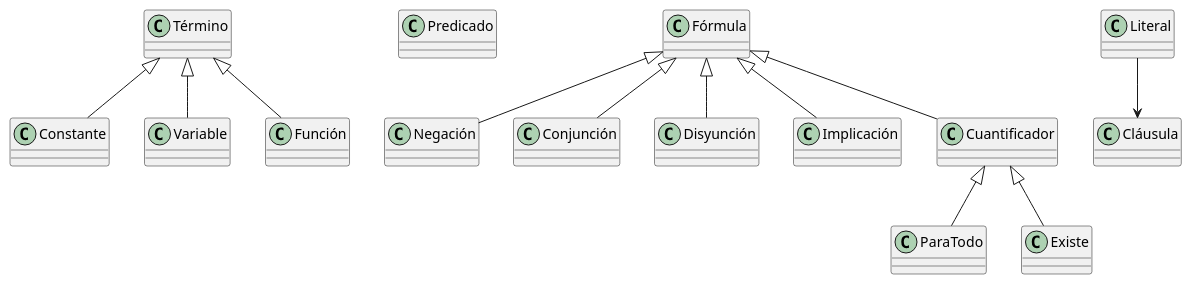
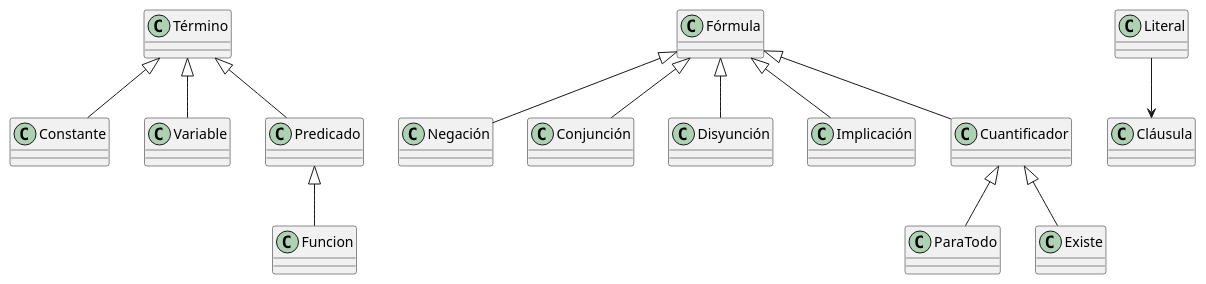
Before and after one commit to DereKk8/Proyecto2IA_V2: the diagram in README.md, drawn with PlantUML.

````diff
--- a/README.md
+++ b/README.md
@@ -251,36 +251,37 @@
 ```plantuml
 @startuml
 
 class Término
 class Constante
 class Variable
-class Función
 class Predicado
 class Fórmula
 class Negación
 class Conjunción
 class Disyunción
 class Implicación
 class Cuantificador
 class ParaTodo
 class Existe
 class Literal
 class Cláusula
 
 Término <|-- Constante
 Término <|-- Variable
-Término <|-- Función
+Término <|-- Predicado
+
+Predicado <|-- Funcion
 
 Fórmula <|-- Negación
 Fórmula <|-- Conjunción
 Fórmula <|-- Disyunción
 Fórmula <|-- Implicación
 Fórmula <|-- Cuantificador
 
 Cuantificador <|-- ParaTodo
 Cuantificador <|-- Existe
 
 Literal --> Cláusula
 
 @enduml
 ```
````
